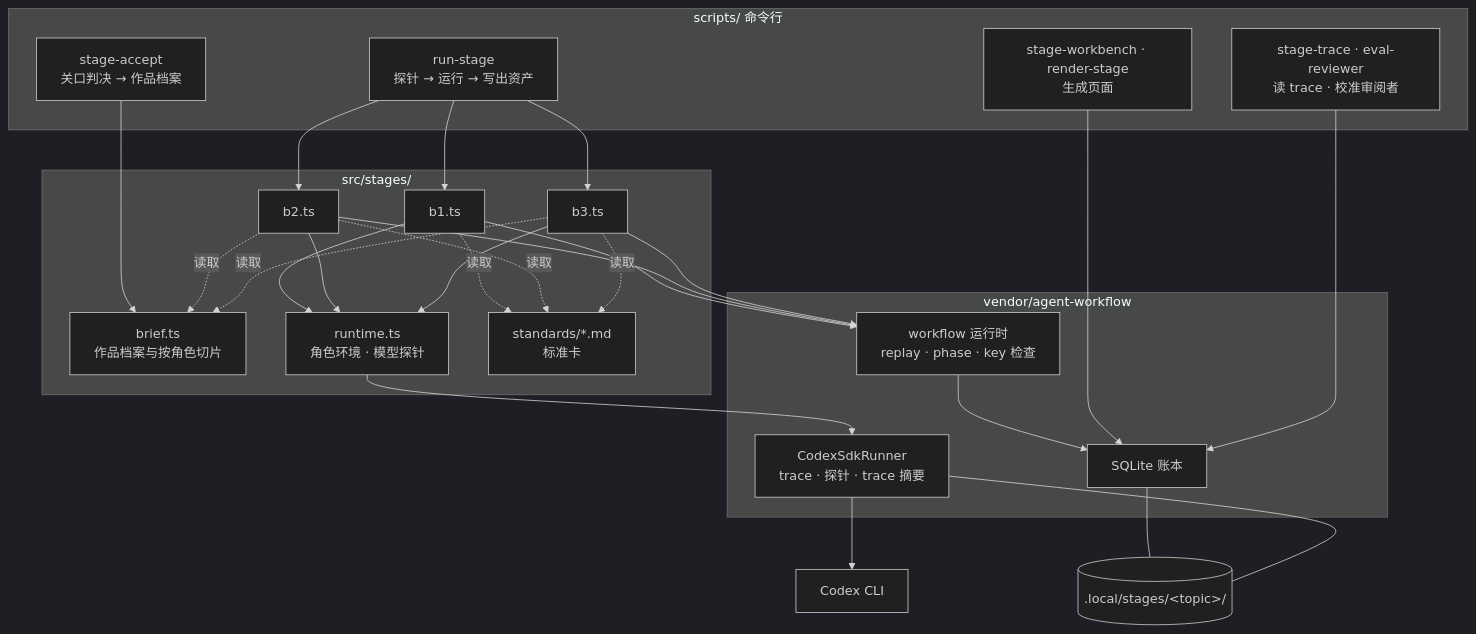
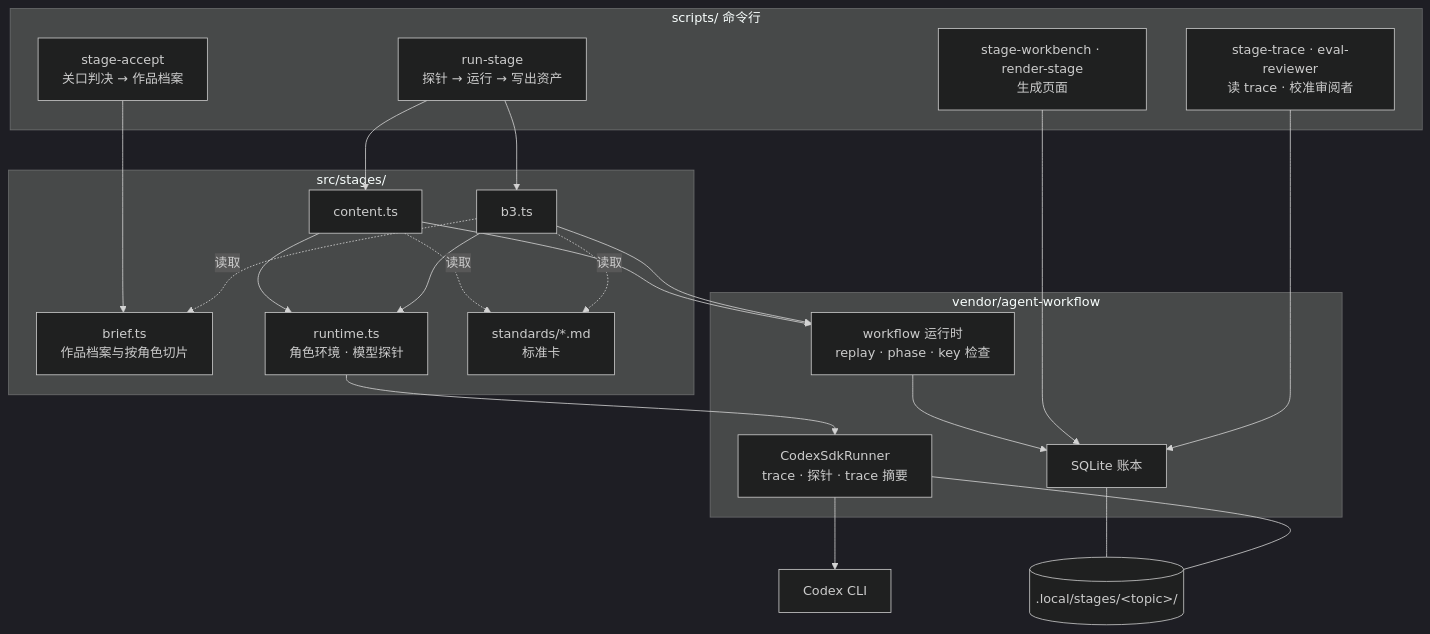
Before and after one commit to cyl19970726/creator-lab: the diagram in workbenches/creation/docs/03-architecture/README.md, drawn with Mermaid (dark theme). The commit also changed other lines of this file and 30 other files, not shown here.

````diff
--- a/workbenches/creation/docs/03-architecture/README.md
+++ b/workbenches/creation/docs/03-architecture/README.md
@@ -5,30 +5,30 @@
 ```mermaid
 flowchart TB
   subgraph CLI[scripts/ 命令行]
     RUN[run-stage<br/>探针 → 运行 → 写出资产]
     ACC[stage-accept<br/>关口判决 → 作品档案]
     VIEW[stage-workbench · render-stage<br/>生成页面]
     TR[stage-trace · eval-reviewer<br/>读 trace · 校准审阅者]
   end
   subgraph STAGES[src/stages/]
-    B1[b1.ts] & B2[b2.ts] & B3[b3.ts]
+    CONTENT[content.ts] & B3[b3.ts]
     BR[brief.ts<br/>作品档案与按角色切片]
     RT[runtime.ts<br/>角色环境 · 模型探针]
     SC[standards/*.md<br/>标准卡]
   end
   subgraph AW[vendor/agent-workflow]
     CORE[workflow 运行时<br/>replay · phase · key 检查]
     CX[CodexSdkRunner<br/>trace · 探针 · trace 摘要]
     SQL[SQLite 账本]
   end
-  RUN --> B1 & B2 & B3
-  B1 & B2 & B3 --> RT --> CX --> CODEX[Codex CLI]
-  B1 & B2 & B3 --> CORE --> SQL
+  RUN --> CONTENT & B3
+  CONTENT & B3 --> RT --> CX --> CODEX[Codex CLI]
+  CONTENT & B3 --> CORE --> SQL
   ACC --> BR
-  B2 & B3 -. 读取 .-> BR
-  B1 & B2 & B3 -. 读取 .-> SC
+  B3 -. 读取 .-> BR
+  CONTENT & B3 -. 读取 .-> SC
   VIEW & TR --> SQL
   STATE[(.local/stages/&lt;topic&gt;/)]
   SQL --- STATE
   CX --- STATE
 ```
````
